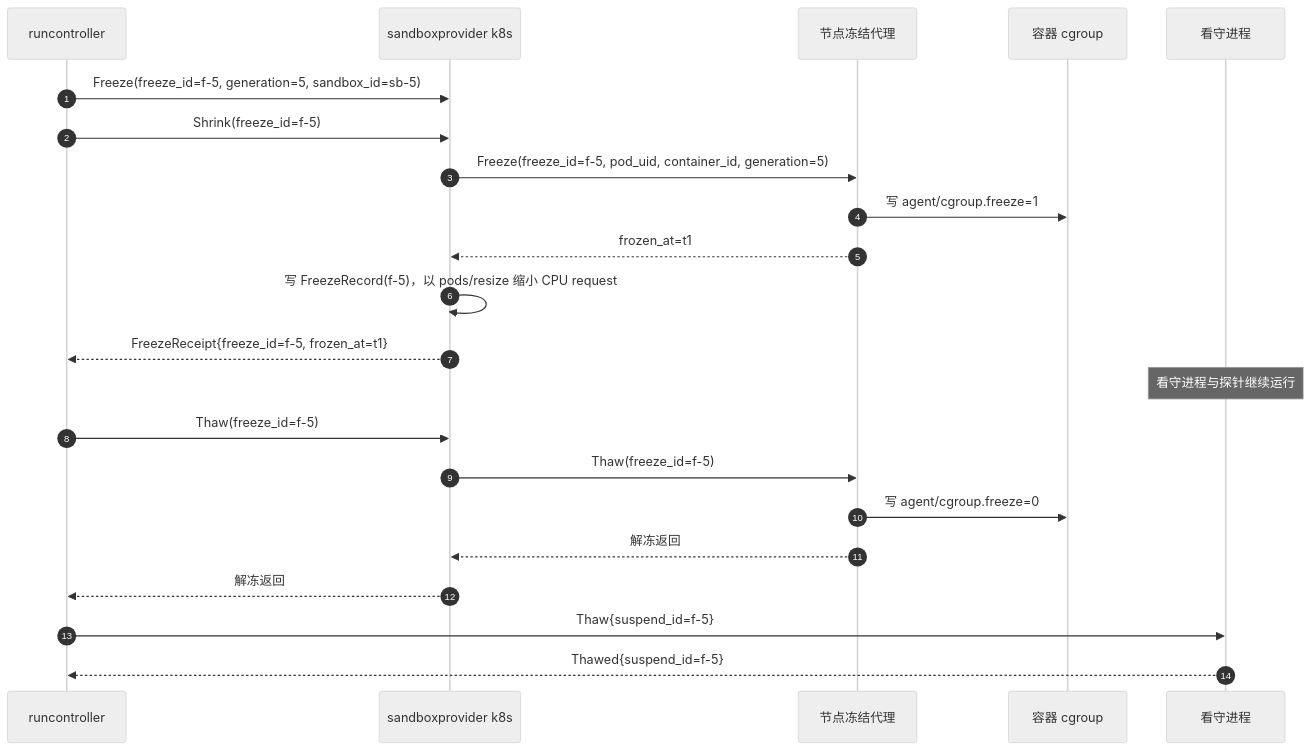
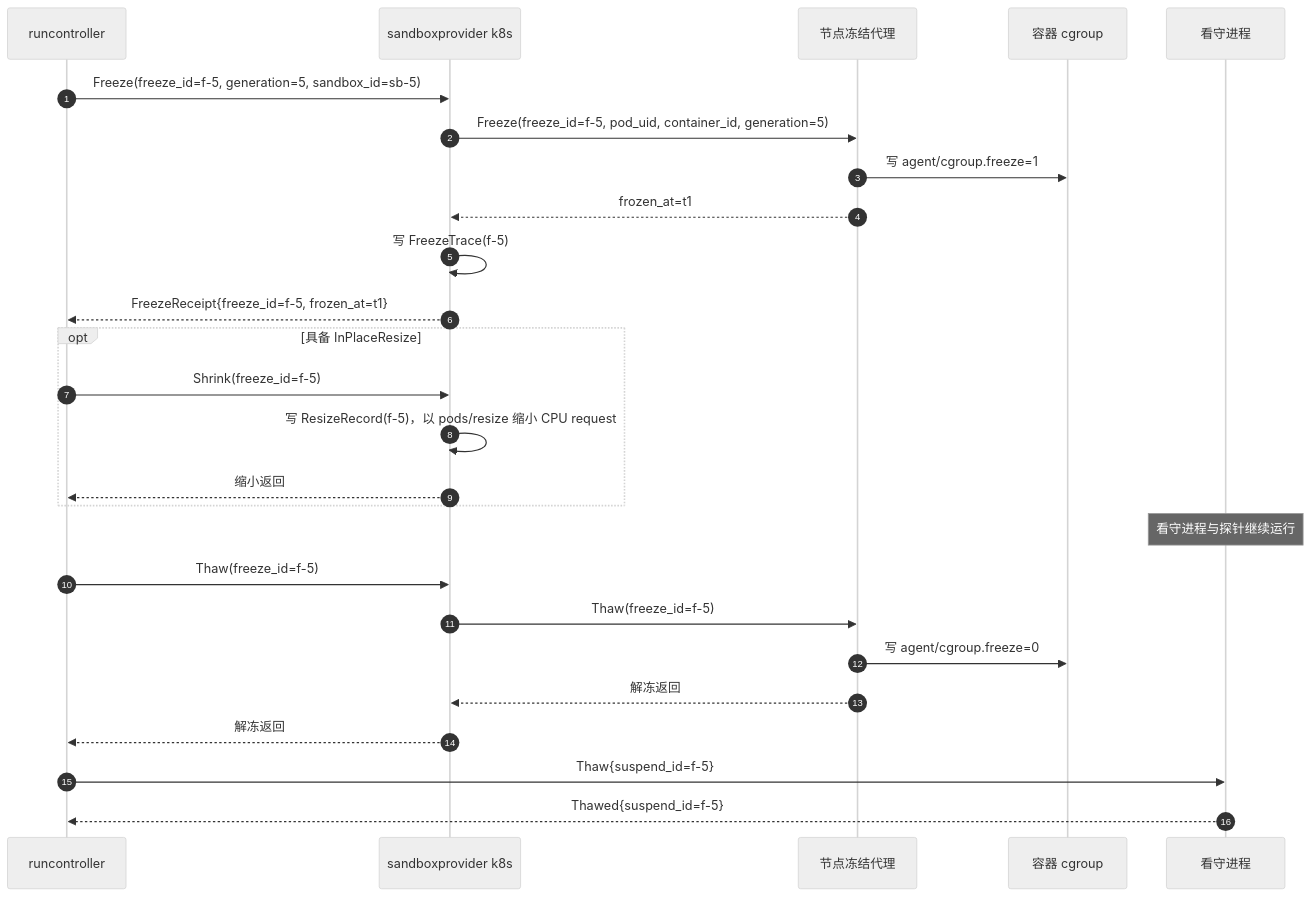
One commit to wangzw/castworks changed the second of 4 diagrams in docs/design/modules/sandboxprovider/design-sandboxprovider-k8s.md. Above: the diagram before and after it, drawn with Mermaid (neutral theme). The commit also changed other lines of this file and 37 other files, not shown here.

````diff
--- a/docs/design/modules/sandboxprovider/design-sandboxprovider-k8s.md
+++ b/docs/design/modules/sandboxprovider/design-sandboxprovider-k8s.md
@@ -161,25 +178,29 @@
 ```mermaid
 sequenceDiagram
     autonumber
     participant R as runcontroller
     participant P as sandboxprovider k8s
     participant N as 节点冻结代理
     participant C as 容器 cgroup
     participant W as 看守进程
 
     R->>P: Freeze(freeze_id=f-5, generation=5, sandbox_id=sb-5)
-    R->>P: Shrink(freeze_id=f-5)
     P->>N: Freeze(freeze_id=f-5, pod_uid, container_id, generation=5)
     N->>C: 写 agent/cgroup.freeze=1
     N-->>P: frozen_at=t1
-    P->>P: 写 FreezeRecord(f-5)，以 pods/resize 缩小 CPU request
+    P->>P: 写 FreezeTrace(f-5)
     P-->>R: FreezeReceipt{freeze_id=f-5, frozen_at=t1}
+    opt 具备 InPlaceResize
+        R->>P: Shrink(freeze_id=f-5)
+        P->>P: 写 ResizeRecord(f-5)，以 pods/resize 缩小 CPU request
+        P-->>R: 缩小返回
+    end
     Note over W: 看守进程与探针继续运行
     R->>P: Thaw(freeze_id=f-5)
     P->>N: Thaw(freeze_id=f-5)
     N->>C: 写 agent/cgroup.freeze=0
     N-->>P: 解冻返回
     P-->>R: 解冻返回
     R->>W: Thaw{suspend_id=f-5}
     W-->>R: Thawed{suspend_id=f-5}
 ```
````
